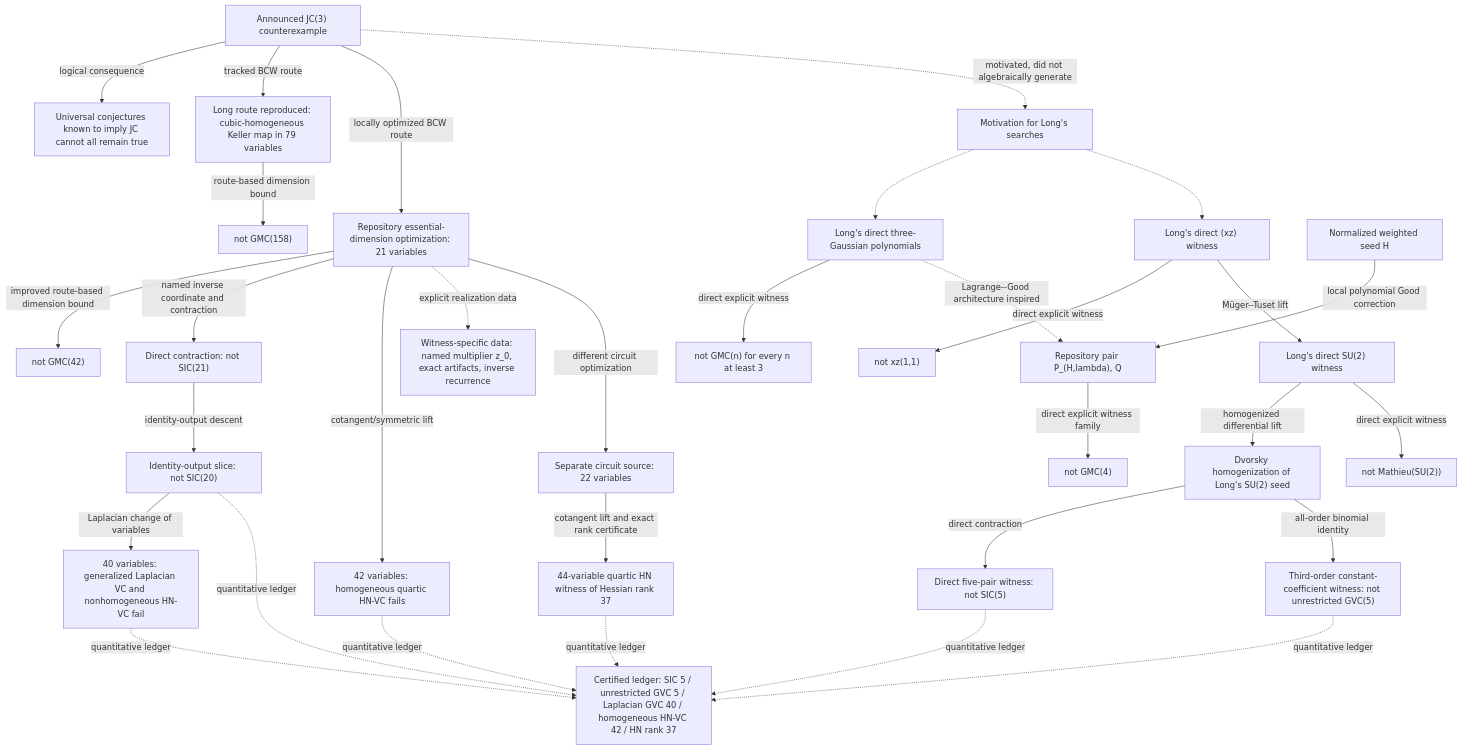
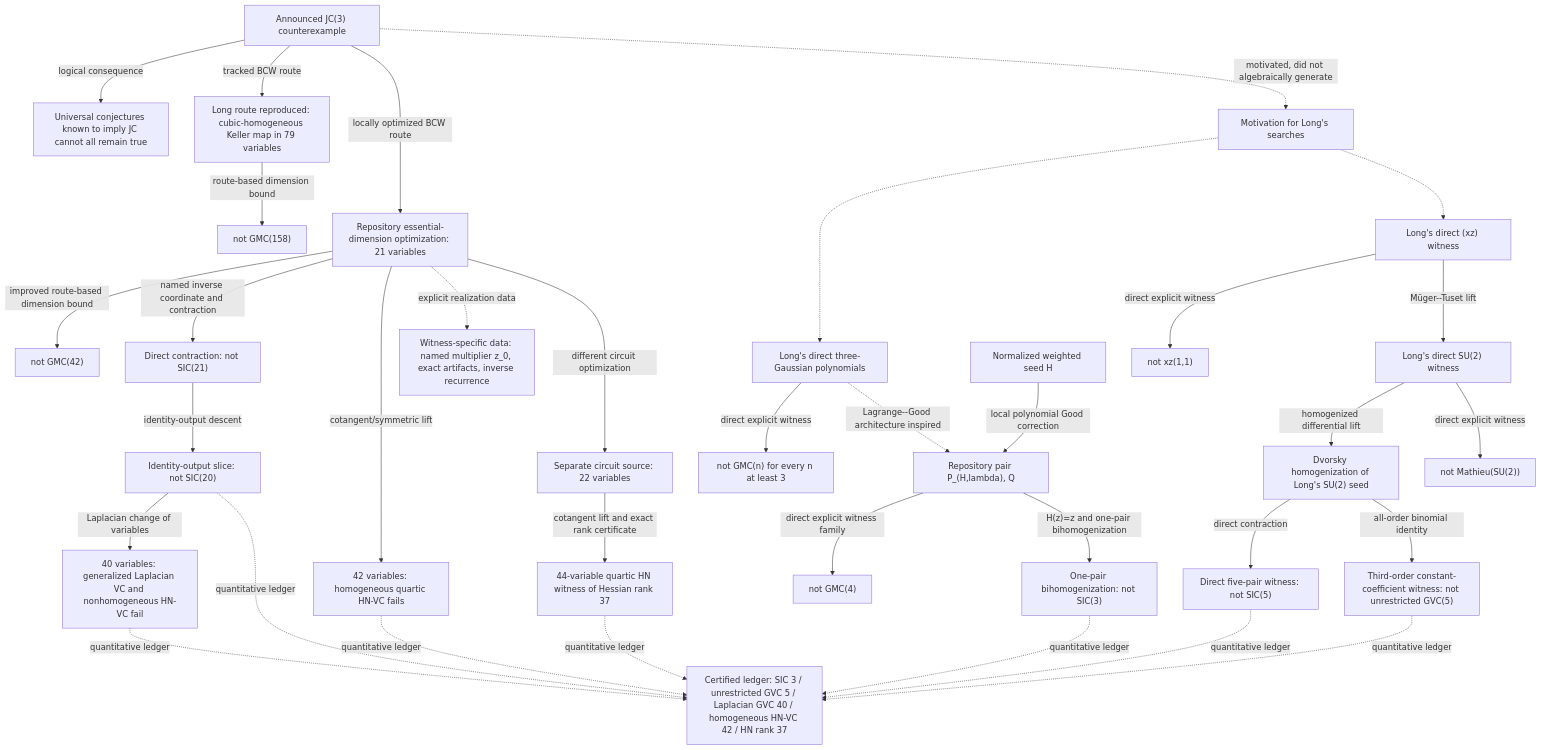
The diagram in extended-geometry/EXTERNAL_CONSEQUENCES_AND_PROVENANCE.md (royvanrijn/jacobian-research), drawn with Mermaid before and after one commit. The commit also changed other lines of this file and 196 other files, not shown here.

````diff
--- a/extended-geometry/EXTERNAL_CONSEQUENCES_AND_PROVENANCE.md
+++ b/extended-geometry/EXTERNAL_CONSEQUENCES_AND_PROVENANCE.md
@@ -21,62 +21,65 @@
 ```mermaid
 flowchart TD
     J["Announced JC(3) counterexample"]
     U["Universal conjectures known to imply JC cannot all remain true"]
     B["Long route reproduced: cubic-homogeneous Keller map in 79 variables"]
     R["not GMC(158)"]
     BO["Repository essential-dimension optimization: 21 variables"]
     RO["not GMC(42)"]
     I21["Direct contraction: not SIC(21)"]
     I20["Identity-output slice: not SIC(20)"]
     D5["Dvorsky homogenization of Long's SU(2) seed"]
     I5["Direct five-pair witness: not SIC(5)"]
     U5["Third-order constant-coefficient witness: not unrestricted GVC(5)"]
     V40["40 variables: generalized Laplacian VC and nonhomogeneous HN-VC fail"]
     H42["42 variables: homogeneous quartic HN-VC fails"]
     C22["Separate circuit source: 22 variables"]
     HR37["44-variable quartic HN witness of Hessian rank 37"]
-    Q["Certified ledger: SIC 5 / unrestricted GVC 5 / Laplacian GVC 40 / homogeneous HN-VC 42 / HN rank 37"]
+    Q["Certified ledger: SIC 3 / unrestricted GVC 5 / Laplacian GVC 40 / homogeneous HN-VC 42 / HN rank 37"]
     E["Witness-specific data: named multiplier z_0, exact artifacts, inverse recurrence"]
     M["Motivation for Long's searches"]
     GP["Long's direct three-Gaussian polynomials"]
     G["not GMC(n) for every n at least 3"]
     XP["Long's direct (xz) witness"]
     X["not xz(1,1)"]
     SP["Long's direct SU(2) witness"]
     S["not Mathieu(SU(2))"]
     WH["Normalized weighted seed H"]
     WP["Repository pair P_(H,lambda), Q"]
     WG["not GMC(4)"]
+    I3["One-pair bihomogenization: not SIC(3)"]
 
     J -->|"logical consequence"| U
     J -->|"tracked BCW route"| B
     B -->|"route-based dimension bound"| R
     J -->|"locally optimized BCW route"| BO
     BO -->|"improved route-based dimension bound"| RO
     BO -->|"named inverse coordinate and contraction"| I21
     I21 -->|"identity-output descent"| I20
     I20 -->|"Laplacian change of variables"| V40
     SP -->|"homogenized differential lift"| D5
     D5 -->|"direct contraction"| I5
     D5 -->|"all-order binomial identity"| U5
     BO -->|"cotangent/symmetric lift"| H42
     BO -.->|"explicit realization data"| E
     I20 -.->|"quantitative ledger"| Q
     I5 -.->|"quantitative ledger"| Q
     U5 -.->|"quantitative ledger"| Q
     V40 -.->|"quantitative ledger"| Q
     H42 -.->|"quantitative ledger"| Q
     BO -->|"different circuit optimization"| C22
     C22 -->|"cotangent lift and exact rank certificate"| HR37
     HR37 -.->|"quantitative ledger"| Q
     J -.->|"motivated, did not algebraically generate"| M
     M -.-> GP
     M -.-> XP
     GP -->|"direct explicit witness"| G
     XP -->|"direct explicit witness"| X
     SP -->|"direct explicit witness"| S
     XP -->|"Müger--Tuset lift"| SP
     WH -->|"local polynomial Good correction"| WP
     WP -->|"direct explicit witness family"| WG
+    WP -->|"H(z)=z and one-pair bihomogenization"| I3
+    I3 -.->|"quantitative ledger"| Q
     GP -.->|"Lagrange--Good architecture inspired"| WP
 ```
````
